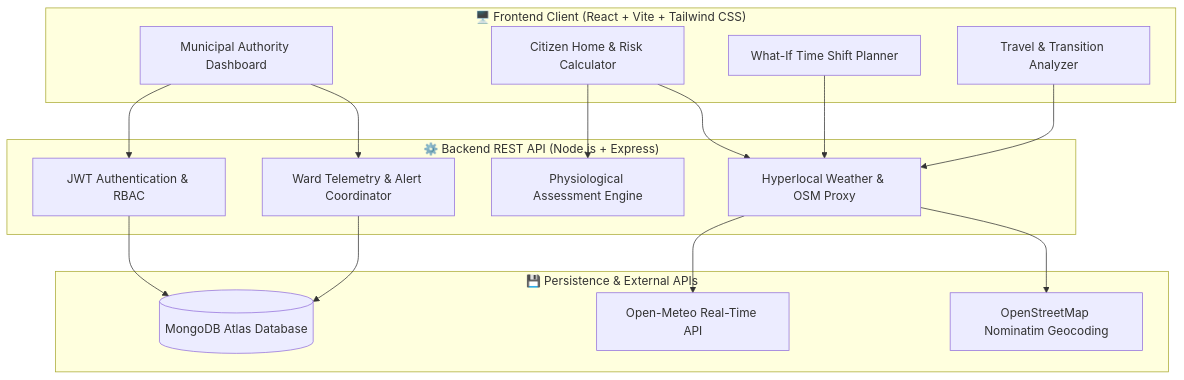
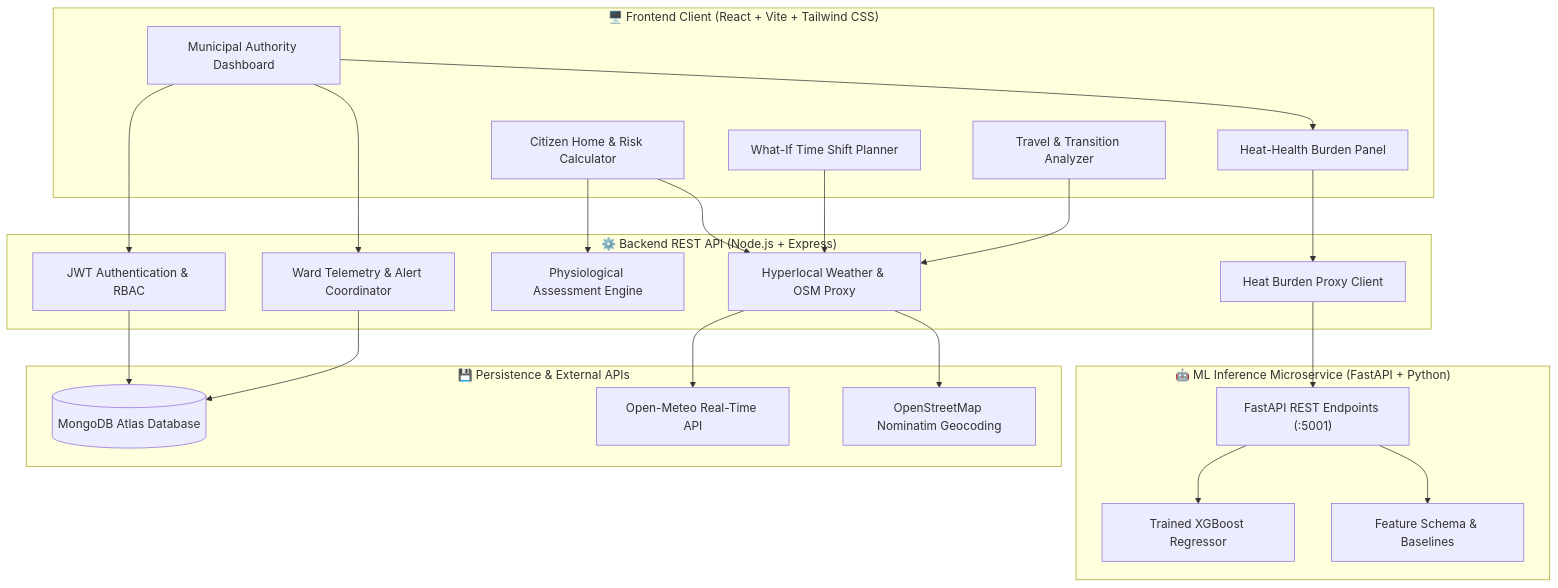
One commit to Aadityasingh0709/taap-chetna changed the diagram in README.md. Above: the diagram before and after it, drawn with Mermaid. The commit also changed other lines of this file and 30 other files, not shown here.

First line of the commit message:
feat(ml): implement heat-health burden ML pipeline, FastAPI service, and municipal dashboard integration

````diff
--- a/README.md
+++ b/README.md
@@ -28,34 +29,47 @@
 ```mermaid
 graph TD
     subgraph Client ["🖥️ Frontend Client (React + Vite + Tailwind CSS)"]
         UI_HOME["Citizen Home & Risk Calculator"]
         UI_WHATIF["What-If Time Shift Planner"]
         UI_TRAVEL["Travel & Transition Analyzer"]
         UI_ADMIN["Municipal Authority Dashboard"]
+        UI_ML["Heat-Health Burden Panel"]
     end
 
     subgraph Server ["⚙️ Backend REST API (Node.js + Express)"]
         API_AUTH["JWT Authentication & RBAC"]
         API_WEATHER["Hyperlocal Weather & OSM Proxy"]
         API_RISK["Physiological Assessment Engine"]
         API_WARD["Ward Telemetry & Alert Coordinator"]
+        SVC_ML["Heat Burden Proxy Client"]
+    end
+
+    subgraph MLEngine ["🤖 ML Inference Microservice (FastAPI + Python)"]
+        ML_API["FastAPI REST Endpoints (:5001)"]
+        ML_MODEL["Trained XGBoost Regressor"]
+        ML_SCHEMA["Feature Schema & Baselines"]
     end
 
     subgraph DataTier ["💾 Persistence & External APIs"]
         DB_MONGO[("MongoDB Atlas Database")]
         EXT_METEO["Open-Meteo Real-Time API"]
         EXT_OSM["OpenStreetMap Nominatim Geocoding"]
     end
 
     UI_HOME --> API_WEATHER
     UI_HOME --> API_RISK
     UI_WHATIF --> API_WEATHER
     UI_TRAVEL --> API_WEATHER
     UI_ADMIN --> API_AUTH
     UI_ADMIN --> API_WARD
+    UI_ADMIN --> UI_ML
+    UI_ML --> SVC_ML
 
     API_AUTH --> DB_MONGO
     API_WARD --> DB_MONGO
     API_WEATHER --> EXT_METEO
     API_WEATHER --> EXT_OSM
+    SVC_ML --> ML_API
+    ML_API --> ML_MODEL
+    ML_API --> ML_SCHEMA
 ```
````
